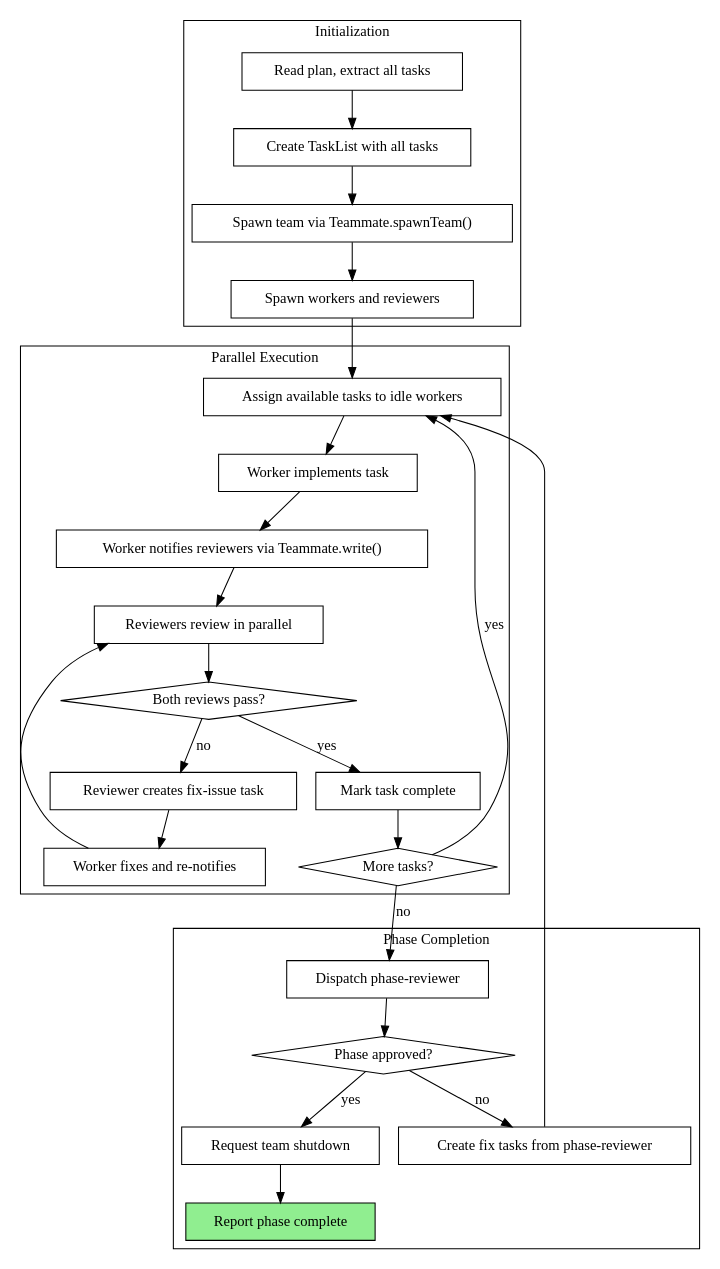
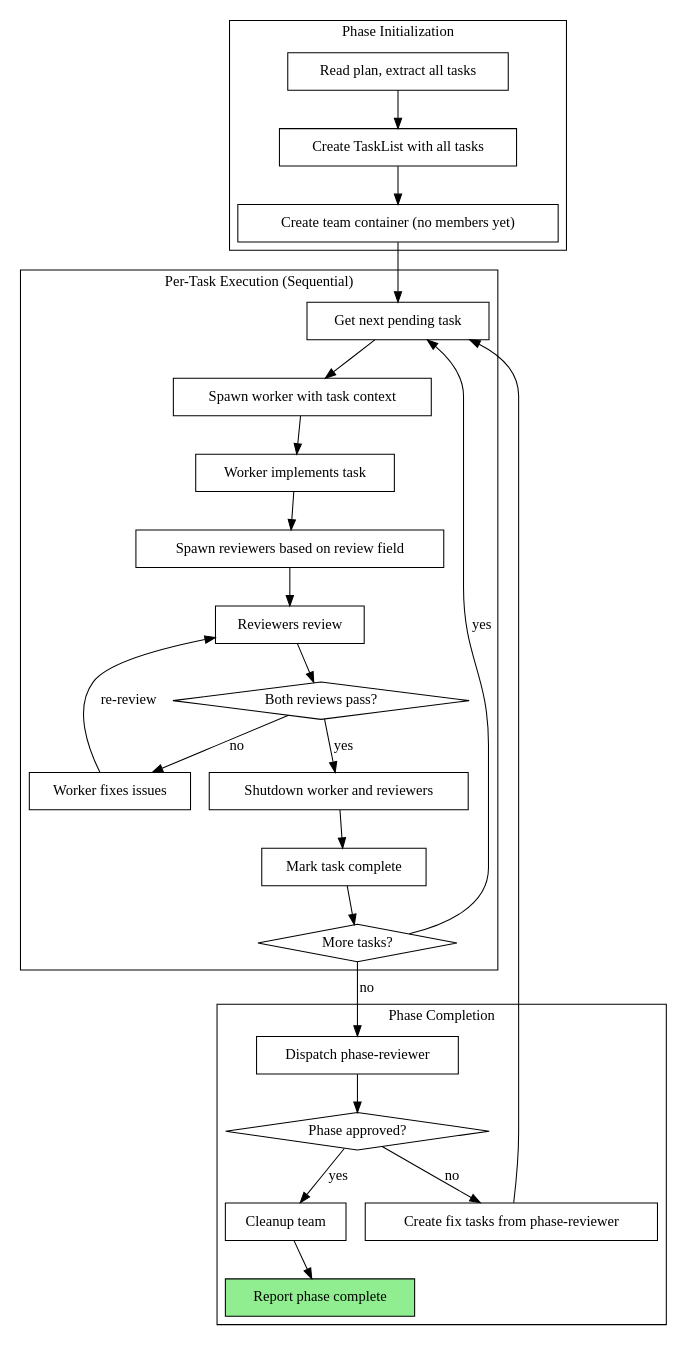
One commit to joshuabates/tina changed the second of 2 diagrams in skills/executing-plans/SKILL.md. Above: the diagram before and after it, drawn with Graphviz. The commit also changed other lines of this file, not shown here.

First line of the commit message:
feat: rewrite executing-plans Team Mode for ephemeral model

````diff
--- a/skills/executing-plans/SKILL.md
+++ b/skills/executing-plans/SKILL.md
@@ -81,56 +81,56 @@
 ```dot
 digraph team_process {
     rankdir=TB;
 
     subgraph cluster_init {
-        label="Initialization";
+        label="Phase Initialization";
         "Read plan, extract all tasks" [shape=box];
         "Create TaskList with all tasks" [shape=box];
-        "Spawn team via Teammate.spawnTeam()" [shape=box];
-        "Spawn workers and reviewers" [shape=box];
+        "Create team container (no members yet)" [shape=box];
     }
 
-    subgraph cluster_execution {
-        label="Parallel Execution";
-        "Assign available tasks to idle workers" [shape=box];
+    subgraph cluster_per_task {
+        label="Per-Task Execution (Sequential)";
+        "Get next pending task" [shape=box];
+        "Spawn worker with task context" [shape=box];
         "Worker implements task" [shape=box];
-        "Worker notifies reviewers via Teammate.write()" [shape=box];
-        "Reviewers review in parallel" [shape=box];
+        "Spawn reviewers based on review field" [shape=box];
+        "Reviewers review" [shape=box];
         "Both reviews pass?" [shape=diamond];
-        "Reviewer creates fix-issue task" [shape=box];
-        "Worker fixes and re-notifies" [shape=box];
+        "Worker fixes issues" [shape=box];
+        "Shutdown worker and reviewers" [shape=box];
         "Mark task complete" [shape=box];
         "More tasks?" [shape=diamond];
     }
 
     subgraph cluster_completion {
         label="Phase Completion";
         "Dispatch phase-reviewer" [shape=box];
         "Phase approved?" [shape=diamond];
         "Create fix tasks from phase-reviewer" [shape=box];
-        "Request team shutdown" [shape=box];
+        "Cleanup team" [shape=box];
         "Report phase complete" [shape=box style=filled fillcolor=lightgreen];
     }
 
     "Read plan, extract all tasks" -> "Create TaskList with all tasks";
-    "Create TaskList with all tasks" -> "Spawn team via Teammate.spawnTeam()";
-    "Spawn team via Teammate.spawnTeam()" -> "Spawn workers and reviewers";
-    "Spawn workers and reviewers" -> "Assign available tasks to idle workers";
-    "Assign available tasks to idle workers" -> "Worker implements task";
-    "Worker implements task" -> "Worker notifies reviewers via Teammate.write()";
-    "Worker notifies reviewers via Teammate.write()" -> "Reviewers review in parallel";
-    "Reviewers review in parallel" -> "Both reviews pass?";
-    "Both reviews pass?" -> "Reviewer creates fix-issue task" [label="no"];
-    "Reviewer creates fix-issue task" -> "Worker fixes and re-notifies";
-    "Worker fixes and re-notifies" -> "Reviewers review in parallel";
-    "Both reviews pass?" -> "Mark task complete" [label="yes"];
+    "Create TaskList with all tasks" -> "Create team container (no members yet)";
+    "Create team container (no members yet)" -> "Get next pending task";
+    "Get next pending task" -> "Spawn worker with task context";
+    "Spawn worker with task context" -> "Worker implements task";
+    "Worker implements task" -> "Spawn reviewers based on review field";
+    "Spawn reviewers based on review field" -> "Reviewers review";
+    "Reviewers review" -> "Both reviews pass?";
+    "Both reviews pass?" -> "Worker fixes issues" [label="no"];
+    "Worker fixes issues" -> "Reviewers review" [label="re-review"];
+    "Both reviews pass?" -> "Shutdown worker and reviewers" [label="yes"];
+    "Shutdown worker and reviewers" -> "Mark task complete";
     "Mark task complete" -> "More tasks?";
-    "More tasks?" -> "Assign available tasks to idle workers" [label="yes"];
+    "More tasks?" -> "Get next pending task" [label="yes"];
     "More tasks?" -> "Dispatch phase-reviewer" [label="no"];
     "Dispatch phase-reviewer" -> "Phase approved?";
     "Phase approved?" -> "Create fix tasks from phase-reviewer" [label="no"];
-    "Create fix tasks from phase-reviewer" -> "Assign available tasks to idle workers";
-    "Phase approved?" -> "Request team shutdown" [label="yes"];
-    "Request team shutdown" -> "Report phase complete";
+    "Create fix tasks from phase-reviewer" -> "Get next pending task";
+    "Phase approved?" -> "Cleanup team" [label="yes"];
+    "Cleanup team" -> "Report phase complete";
 }
 ```
````
